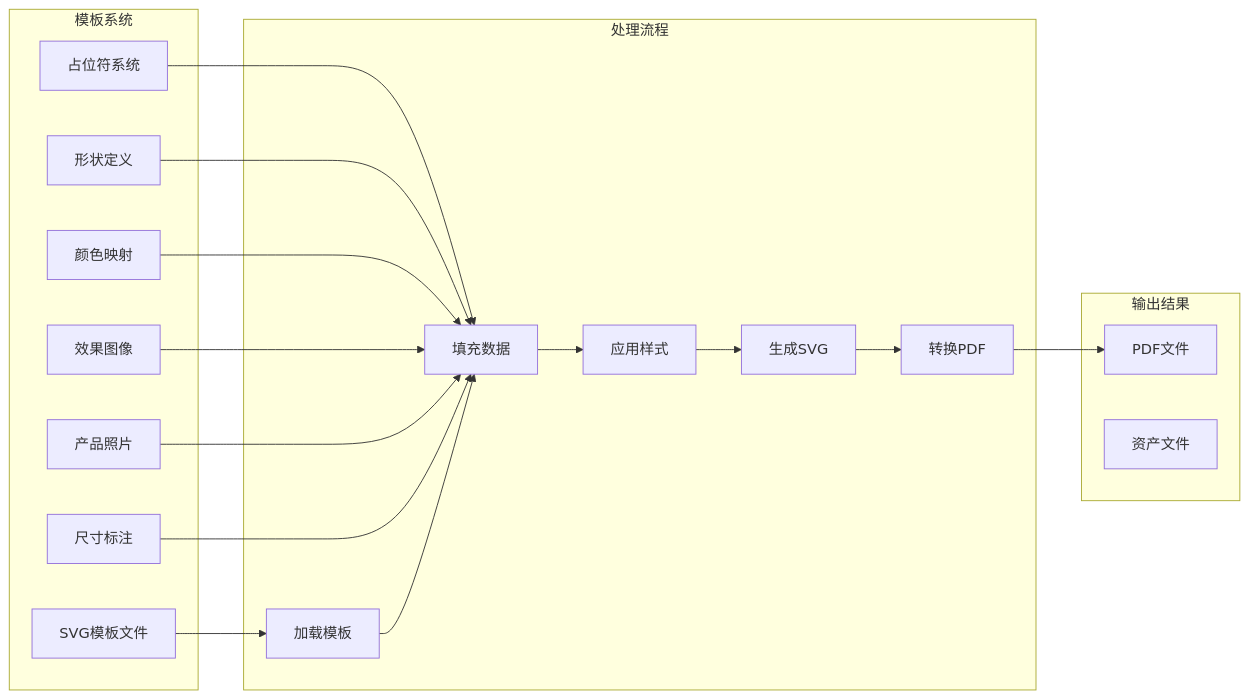
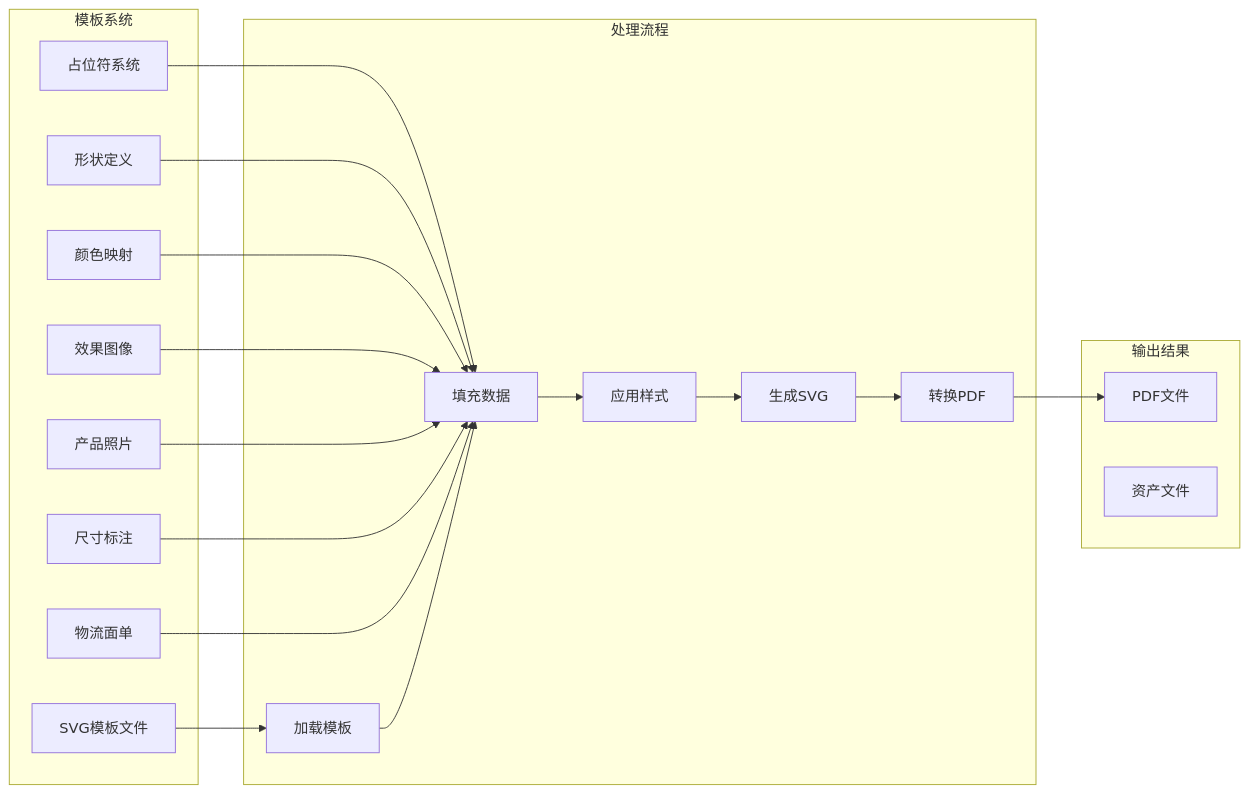
One commit to SY6621/POD-Order-Management changed the sixth of 10 diagrams in .qoder/repowiki/zh/content/开发指南/PDF生成系统.md. Above: the diagram before and after it, drawn with Mermaid. The commit also changed other lines of this file and 39 other files, not shown here.

````diff
--- a/.qoder/repowiki/zh/content/开发指南/PDF生成系统.md
+++ b/.qoder/repowiki/zh/content/开发指南/PDF生成系统.md
@@ -323,35 +353,37 @@
 ```mermaid
 graph LR
 subgraph "模板系统"
 Template[SVG模板文件]
 Placeholders[占位符系统]
 Shapes[形状定义]
 Colors[颜色映射]
 EffectImages[效果图像]
 Photos[产品照片]
 Dimensions[尺寸标注]
+Labels[物流面单]
 end
 subgraph "处理流程"
 LoadTemplate[加载模板]
 FillTemplate[填充数据]
 ApplyStyles[应用样式]
 GenerateSVG[生成SVG]
 ConvertPDF[转换PDF]
 end
 subgraph "输出结果"
 PDFFile[PDF文件]
 AssetFiles[资产文件]
 end
 Template --> LoadTemplate
 Placeholders --> FillTemplate
 Shapes --> FillTemplate
 Colors --> FillTemplate
 EffectImages --> FillTemplate
 Photos --> FillTemplate
 Dimensions --> FillTemplate
+Labels --> FillTemplate
 LoadTemplate --> FillTemplate
 FillTemplate --> ApplyStyles
 ApplyStyles --> GenerateSVG
 GenerateSVG --> ConvertPDF
 ConvertPDF --> PDFFile
 ```
````
